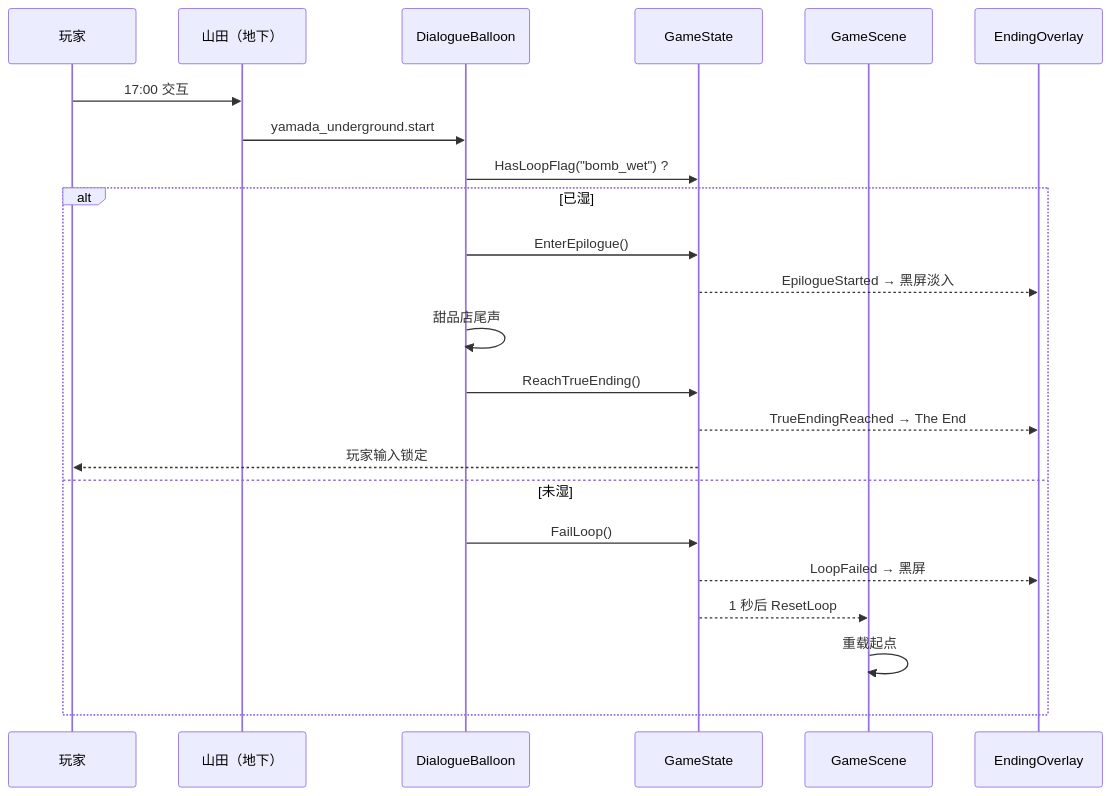
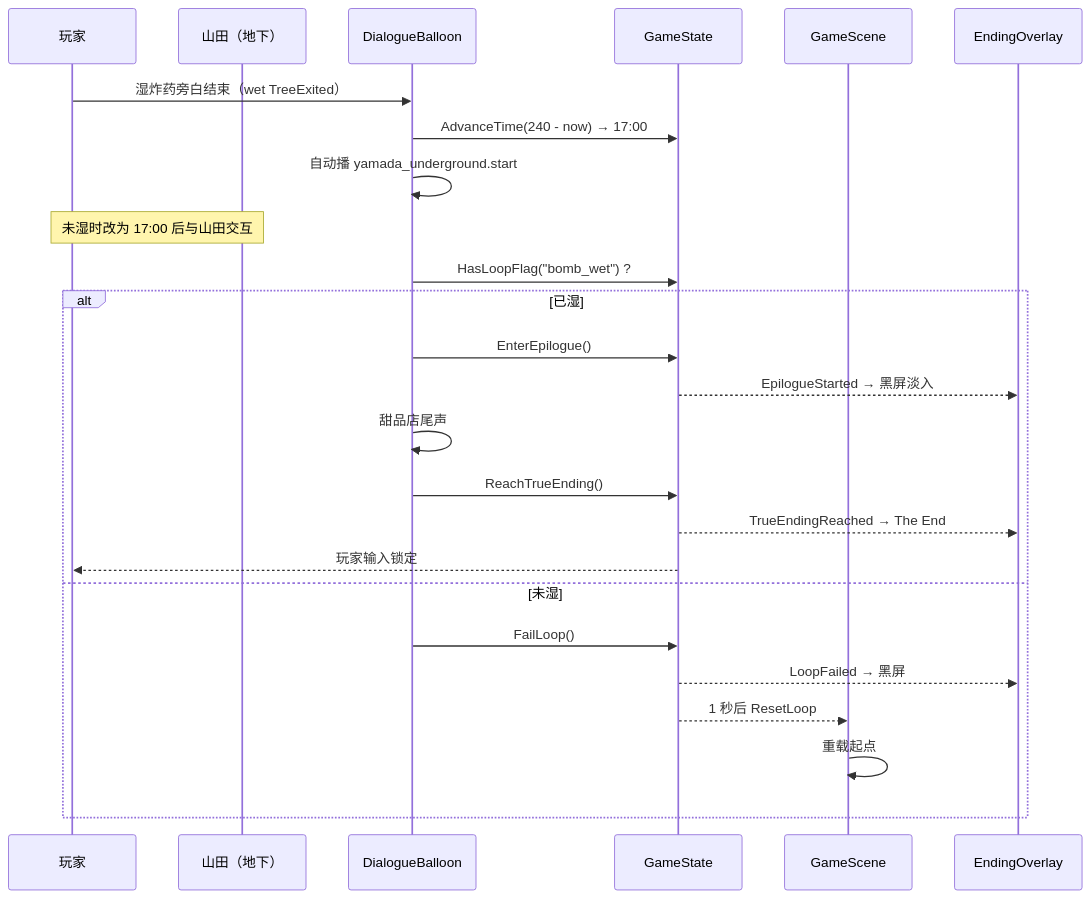
Before and after one commit to Yumihoshi/pandagj-2026: the seventh of 8 diagrams in docs/superpowers/specs/2026-11-07-formal-main-flow-design.md, drawn with Mermaid. The commit also changed other lines of this file and 9 other files, not shown here.

````diff
--- a/docs/superpowers/specs/2026-11-07-formal-main-flow-design.md
+++ b/docs/superpowers/specs/2026-11-07-formal-main-flow-design.md
@@ -1227,26 +1216,28 @@
 ```mermaid
 sequenceDiagram
     participant U as 玩家
     participant Y as 山田（地下）
     participant B as DialogueBalloon
     participant GS as GameState
     participant G as GameScene
     participant E as EndingOverlay
 
-    U->>Y: 17:00 交互
-    Y->>B: yamada_underground.start
+    U->>B: 湿炸药旁白结束（wet TreeExited）
+    B->>GS: AdvanceTime(240 - now) → 17:00
+    B->>B: 自动播 yamada_underground.start
+    Note over U,Y: 未湿时改为 17:00 后与山田交互
     B->>GS: HasLoopFlag("bomb_wet") ?
     alt 已湿
         B->>GS: EnterEpilogue()
         GS-->>E: EpilogueStarted → 黑屏淡入
         B->>B: 甜品店尾声
         B->>GS: ReachTrueEnding()
         GS-->>E: TrueEndingReached → The End
         GS-->>U: 玩家输入锁定
     else 未湿
         B->>GS: FailLoop()
         GS-->>E: LoopFailed → 黑屏
         GS-->>G: 1 秒后 ResetLoop
         G->>G: 重载起点
     end
 ```
````
